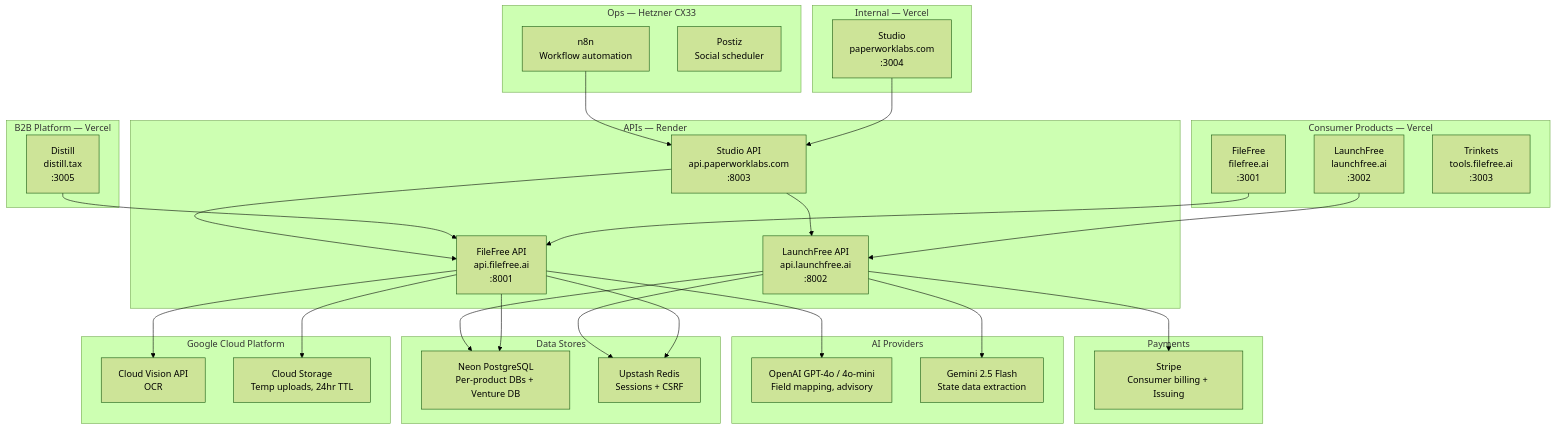
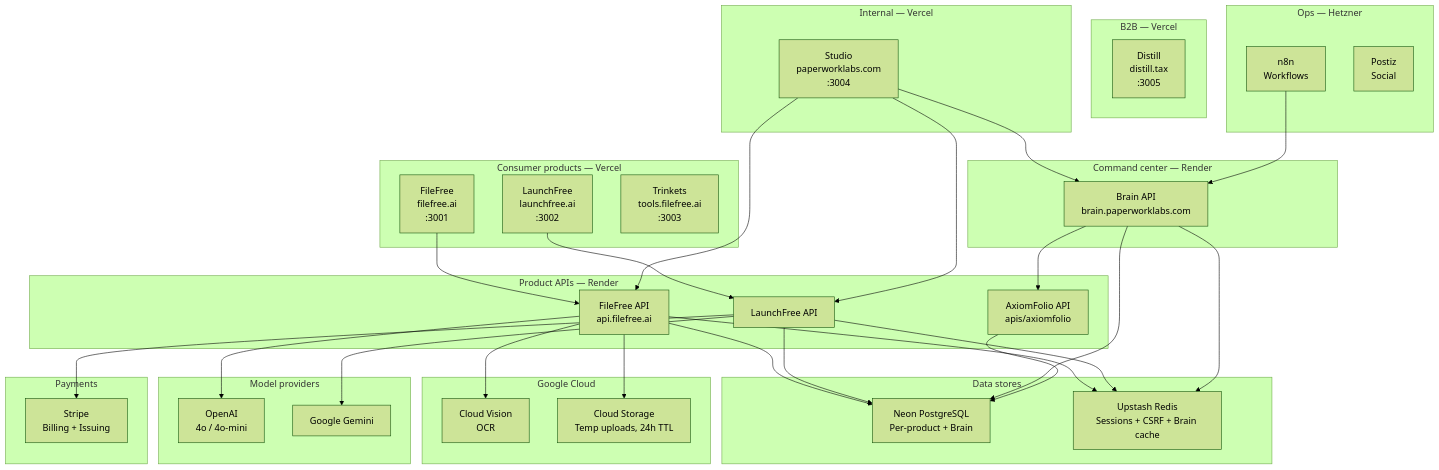
The first of 12 diagrams in docs/ARCHITECTURE.md (paperwork-labs/paperwork), drawn with Mermaid (forest theme) before and after one commit. The commit also changed other lines of this file and 28 other files, not shown here.

First line of the commit message:
docs: phase 2 streamline — merges + crispness pass on PRD/ARCHITECTURE/BRAIN

````diff
--- a/docs/ARCHITECTURE.md
+++ b/docs/ARCHITECTURE.md
@@ -18,63 +44,70 @@
 ```mermaid
 graph TB
-    subgraph consumers [Consumer Products — Vercel]
+    subgraph consumers [Consumer products — Vercel]
         FF["FileFree<br/>filefree.ai<br/>:3001"]
         LF["LaunchFree<br/>launchfree.ai<br/>:3002"]
         TR["Trinkets<br/>tools.filefree.ai<br/>:3003"]
     end
 
-    subgraph b2b [B2B Platform — Vercel]
+    subgraph b2b [B2B — Vercel]
         DI["Distill<br/>distill.tax<br/>:3005"]
     end
 
     subgraph internal [Internal — Vercel]
         ST["Studio<br/>paperworklabs.com<br/>:3004"]
     end
 
-    subgraph apis [APIs — Render]
-        FFAPI["FileFree API<br/>api.filefree.ai<br/>:8001"]
-        LFAPI["LaunchFree API<br/>api.launchfree.ai<br/>:8002"]
-        STAPI["Studio API<br/>api.paperworklabs.com<br/>:8003"]
+    subgraph brainlayer [Command center — Render]
+        BRAIN["Brain API<br/>brain.paperworklabs.com"]
     end
 
-    subgraph datastores [Data Stores]
-        Neon["Neon PostgreSQL<br/>Per-product DBs + Venture DB"]
-        Upstash["Upstash Redis<br/>Sessions + CSRF"]
+    subgraph apis [Product APIs — Render]
+        FFAPI["FileFree API<br/>api.filefree.ai"]
+        LFAPI["LaunchFree API"]
+        XFAPI["AxiomFolio API<br/>apis/axiomfolio"]
     end
 
-    subgraph gcp [Google Cloud Platform]
-        Vision["Cloud Vision API<br/>OCR"]
-        GCS["Cloud Storage<br/>Temp uploads, 24hr TTL"]
+    subgraph datastores [Data stores]
+        Neon["Neon PostgreSQL<br/>Per-product + Brain"]
+        Upstash["Upstash Redis<br/>Sessions + CSRF + Brain cache"]
     end
 
-    subgraph ai [AI Providers]
-        GPT["OpenAI GPT-4o / 4o-mini<br/>Field mapping, advisory"]
-        Gemini["Gemini 2.5 Flash<br/>State data extraction"]
+    subgraph gcp [Google Cloud]
+        Vision["Cloud Vision<br/>OCR"]
+        GCS["Cloud Storage<br/>Temp uploads, 24h TTL"]
+    end
+
+    subgraph aimodels [Model providers]
+        GPT["OpenAI<br/>4o / 4o-mini"]
+        Gemini["Google Gemini"]
     end
 
     subgraph payments [Payments]
-        Stripe["Stripe<br/>Consumer billing + Issuing"]
+        Stripe["Stripe<br/>Billing + Issuing"]
     end
 
-    subgraph ops [Ops — Hetzner CX33]
-        N8N["n8n<br/>Workflow automation"]
-        Postiz["Postiz<br/>Social scheduler"]
+    subgraph ops [Ops — Hetzner]
+        N8N["n8n<br/>Workflows"]
+        Postiz["Postiz<br/>Social"]
     end
 
     FF --> FFAPI
     LF --> LFAPI
-    DI --> FFAPI
-    ST --> STAPI
-    STAPI --> FFAPI
-    STAPI --> LFAPI
+    ST --> BRAIN
+    ST --> FFAPI
+    ST --> LFAPI
+    BRAIN --> XFAPI
     FFAPI --> Neon
     LFAPI --> Neon
+    BRAIN --> Neon
+    XFAPI --> Neon
     FFAPI --> Upstash
     LFAPI --> Upstash
+    BRAIN --> Upstash
     FFAPI --> Vision
     FFAPI --> GPT
     LFAPI --> Gemini
     LFAPI --> Stripe
     FFAPI --> GCS
-    N8N --> STAPI
+    N8N --> BRAIN
 ```
````
